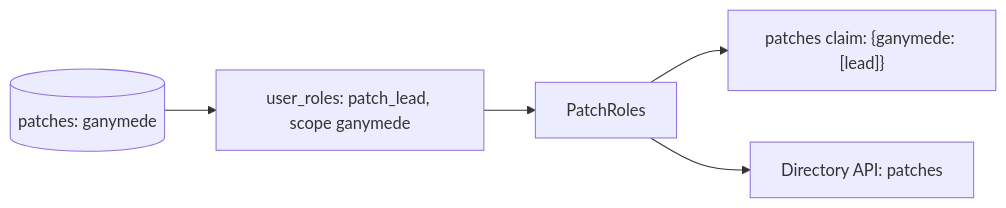
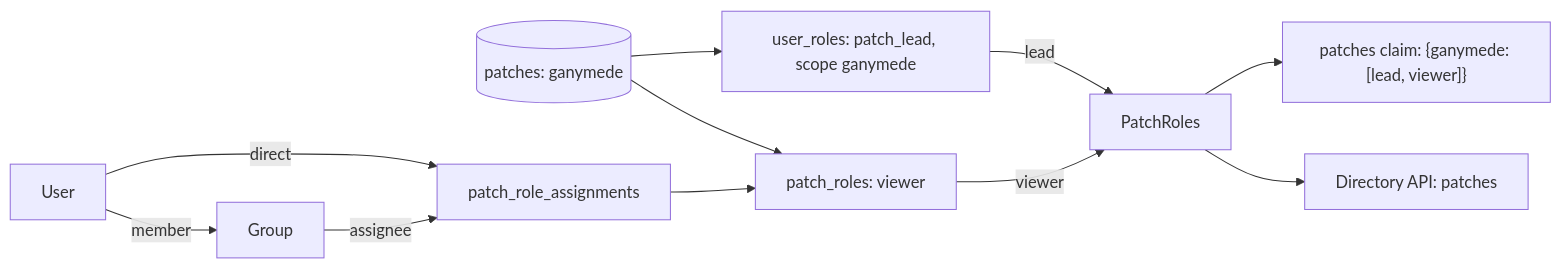
The sixth of 9 diagrams in docs/OAUTH.md (patchworklabsorg/weave), drawn with Mermaid before and after one commit. The commit also changed other lines of this file and 29 other files, not shown here.

Commit message:
feat: replace the patch viewer role with roles that each patch defines

````diff
--- a/docs/OAUTH.md
+++ b/docs/OAUTH.md
@@ -399,7 +405,12 @@
 ```mermaid
 flowchart LR
   P[(patches: ganymede)] --> UR[user_roles: patch_lead, scope ganymede]
-  UR --> PR[PatchRoles]
-  PR --> C["patches claim: {ganymede: [lead]}"]
+  P --> R[patch_roles: viewer]
+  U[User] -->|direct| A[patch_role_assignments]
+  U -->|member| G[Group] -->|assignee| A
+  A --> R
+  UR -->|lead| PR[PatchRoles]
+  R -->|viewer| PR
+  PR --> C["patches claim: {ganymede: [lead, viewer]}"]
   PR --> D[Directory API: patches]
 ```
````
